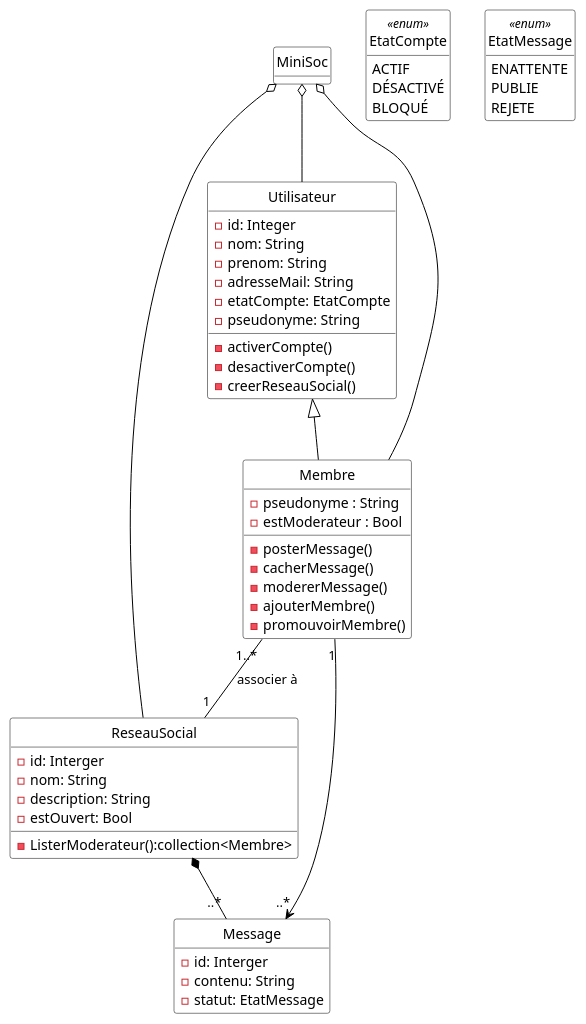
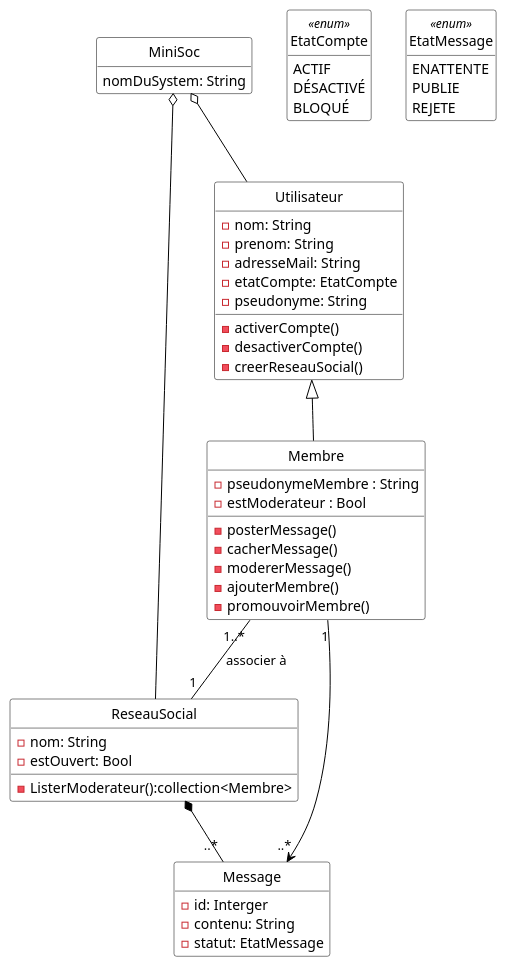
One commit to yesminete/MiniSocs changed the diagram in Diagrammes/minisocs_uml_diag_classes_sans_notif.pu. Above: the diagram before and after it, drawn with PlantUML. The commit also changed 9 other files, not shown here.

Commit message:
les classes du 1er cas d'utilisation creer reseau social (membre/reseausocial) et le fonction creerReseauSocial() dans MiniSoc

```diff
--- a/Diagrammes/minisocs_uml_diag_classes_sans_notif.pu
+++ b/Diagrammes/minisocs_uml_diag_classes_sans_notif.pu
@@ -1,81 +1,78 @@
 @startuml
 
 'Diagramme de classes (PlantUML)'
 
 'Configuration charte graphique'
 hide empty methods
 hide circle
 skinparam class {
   BackgroundColor White
   ArrowColor Black
   BorderColor Black
 }
 
 'Classes, énumérations, etc.'
 class ReseauSocial {
-  -id: Interger
   -nom: String
-  -description: String
   -estOuvert: Bool
   -ListerModerateur():collection<Membre>
 }
 
 
 class Utilisateur {
-  -id: Integer
   -nom: String
   -prenom: String
   -adresseMail: String
   -etatCompte: EtatCompte
   -pseudonyme: String
   -activerCompte()
   -desactiverCompte()
   -creerReseauSocial()
 }
 
 
 class Membre{
-  -pseudonyme : String
+  -pseudonymeMembre : String
   -estModerateur : Bool
   -posterMessage()
   -cacherMessage()
   -modererMessage()
   -ajouterMembre()
   -promouvoirMembre()
 }
 
 class Message{
   -id: Interger
   -contenu: String
   -statut: EtatMessage
 }
 
 class MiniSoc{
+nomDuSystem: String
 }
 
 enum EtatCompte <<enum>> {
   ACTIF
   DÉSACTIVÉ
   BLOQUÉ
 }
 
 enum EtatMessage <<enum>>{
   ENATTENTE
   PUBLIE
   REJETE
 }
 
 'Associations, etc.'
 
 MiniSoc o-- Utilisateur
 MiniSoc o-- ReseauSocial
-MiniSoc o-- Membre
 Utilisateur <|-- Membre 
 Membre "1..*"--"1" ReseauSocial : associer à
 Membre "1"-->"..*" Message
 ReseauSocial *--"..*" Message
 
 
 'Au besoin, aides pour le positionnement'
 
 @enduml
```
